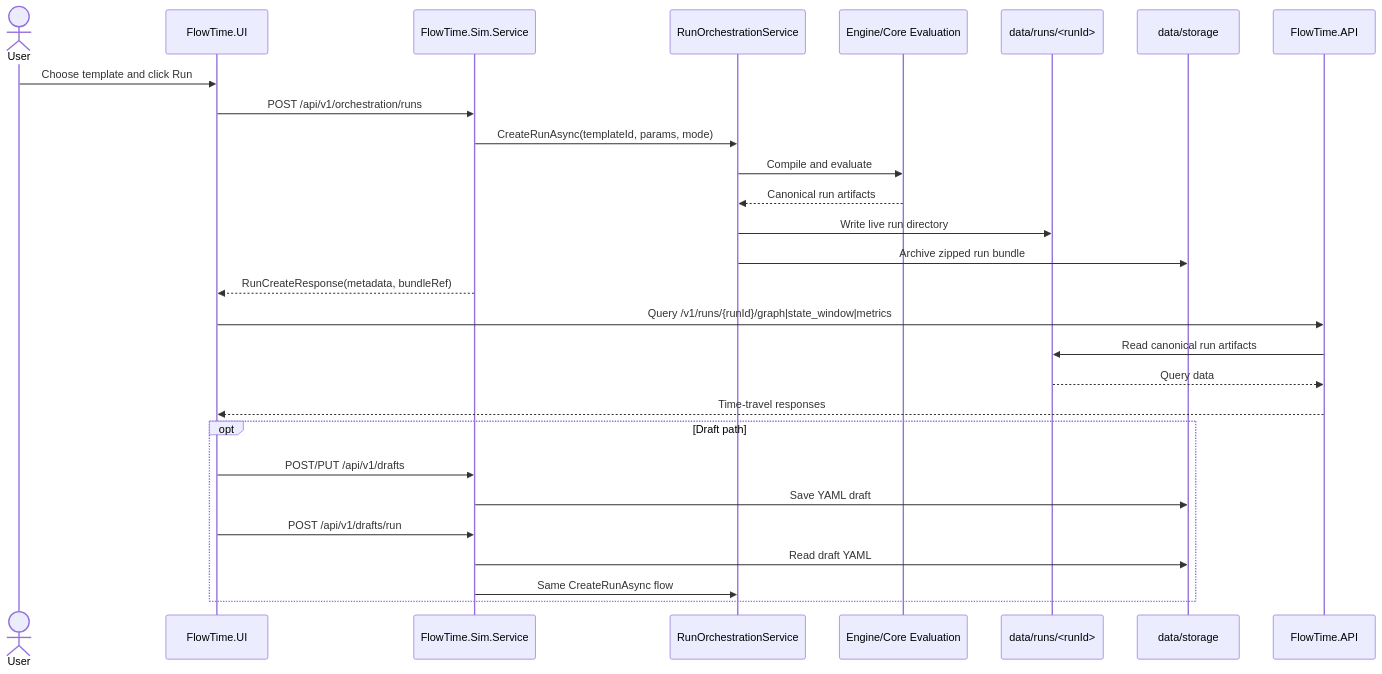
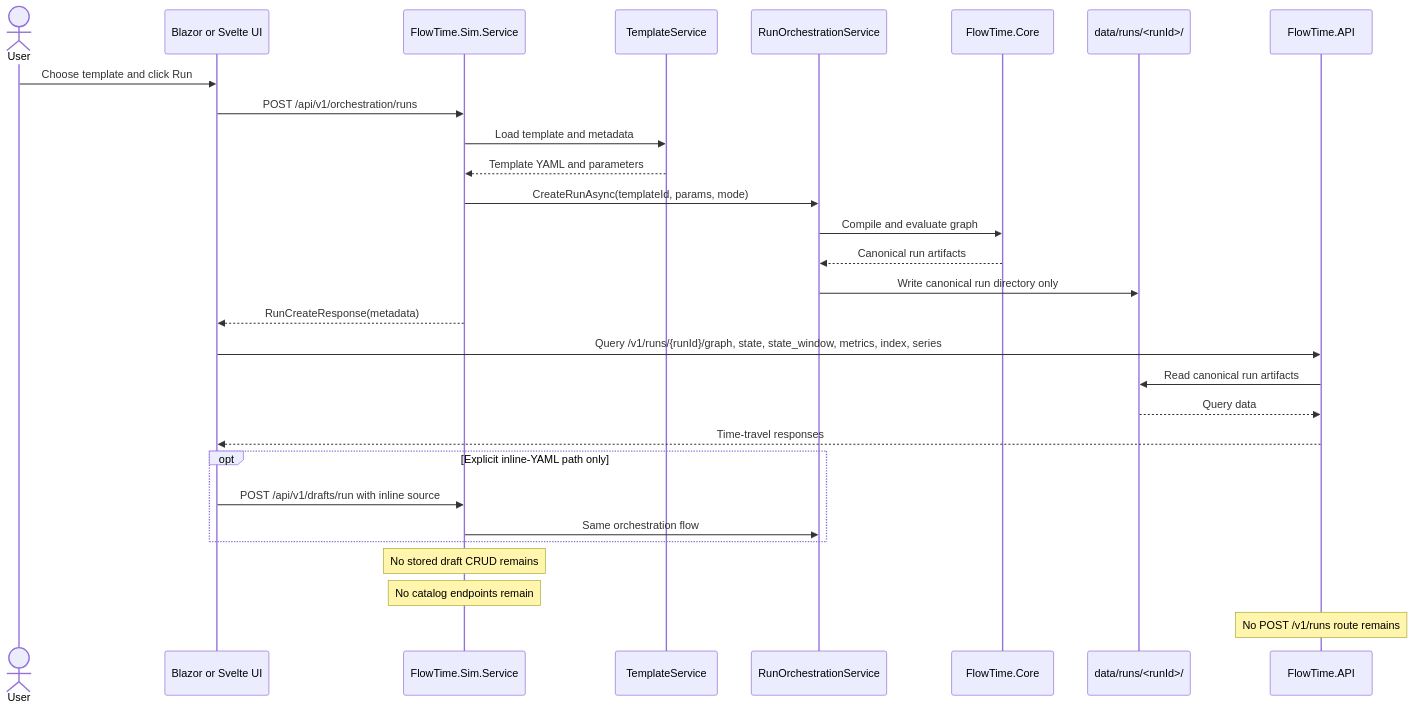
One commit to 23min/FlowTime changed the second of 3 diagrams in docs/architecture/template-draft-model-run-bundle-boundary.md. Above: the diagram before and after it, drawn with Mermaid. The commit also changed other lines of this file and 9 other files, not shown here.

````diff
--- a/docs/architecture/template-draft-model-run-bundle-boundary.md
+++ b/docs/architecture/template-draft-model-run-bundle-boundary.md
@@ -63,33 +120,35 @@
 ```mermaid
 sequenceDiagram
     actor User
-    participant UI as FlowTime.UI
+    participant UI as Blazor or Svelte UI
     participant Sim as FlowTime.Sim.Service
+    participant Tpl as TemplateService
     participant Orch as RunOrchestrationService
-    participant Core as Engine/Core Evaluation
-    participant Runs as data/runs/<runId>
-    participant Store as data/storage
+    participant Core as FlowTime.Core
+    participant Runs as data/runs/<runId>/
     participant API as FlowTime.API
 
     User->>UI: Choose template and click Run
     UI->>Sim: POST /api/v1/orchestration/runs
+    Sim->>Tpl: Load template and metadata
+    Tpl-->>Sim: Template YAML and parameters
     Sim->>Orch: CreateRunAsync(templateId, params, mode)
-    Orch->>Core: Compile and evaluate
+    Orch->>Core: Compile and evaluate graph
     Core-->>Orch: Canonical run artifacts
-    Orch->>Runs: Write live run directory
-    Orch->>Store: Archive zipped run bundle
-    Sim-->>UI: RunCreateResponse(metadata, bundleRef)
+    Orch->>Runs: Write canonical run directory only
+    Sim-->>UI: RunCreateResponse(metadata)
 
-    UI->>API: Query /v1/runs/{runId}/graph|state_window|metrics
+    UI->>API: Query /v1/runs/{runId}/graph, state, state_window, metrics, index, series
     API->>Runs: Read canonical run artifacts
     Runs-->>API: Query data
     API-->>UI: Time-travel responses
 
-    opt Draft path
-        UI->>Sim: POST/PUT /api/v1/drafts
-        Sim->>Store: Save YAML draft
-        UI->>Sim: POST /api/v1/drafts/run
-        Sim->>Store: Read draft YAML
-        Sim->>Orch: Same CreateRunAsync flow
+    opt Explicit inline-YAML path only
+        UI->>Sim: POST /api/v1/drafts/run with inline source
+        Sim->>Orch: Same orchestration flow
     end
+
+    Note over Sim: No stored draft CRUD remains
+    Note over Sim: No catalog endpoints remain
+    Note over API: No POST /v1/runs route remains
 ```
````
